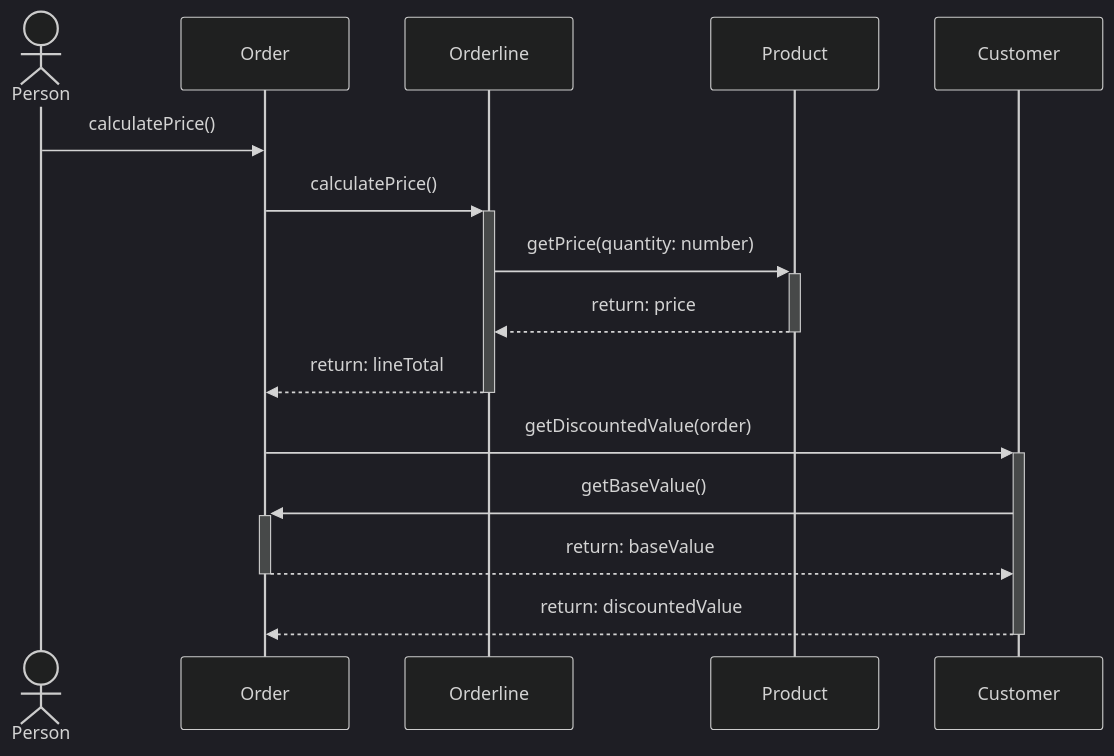
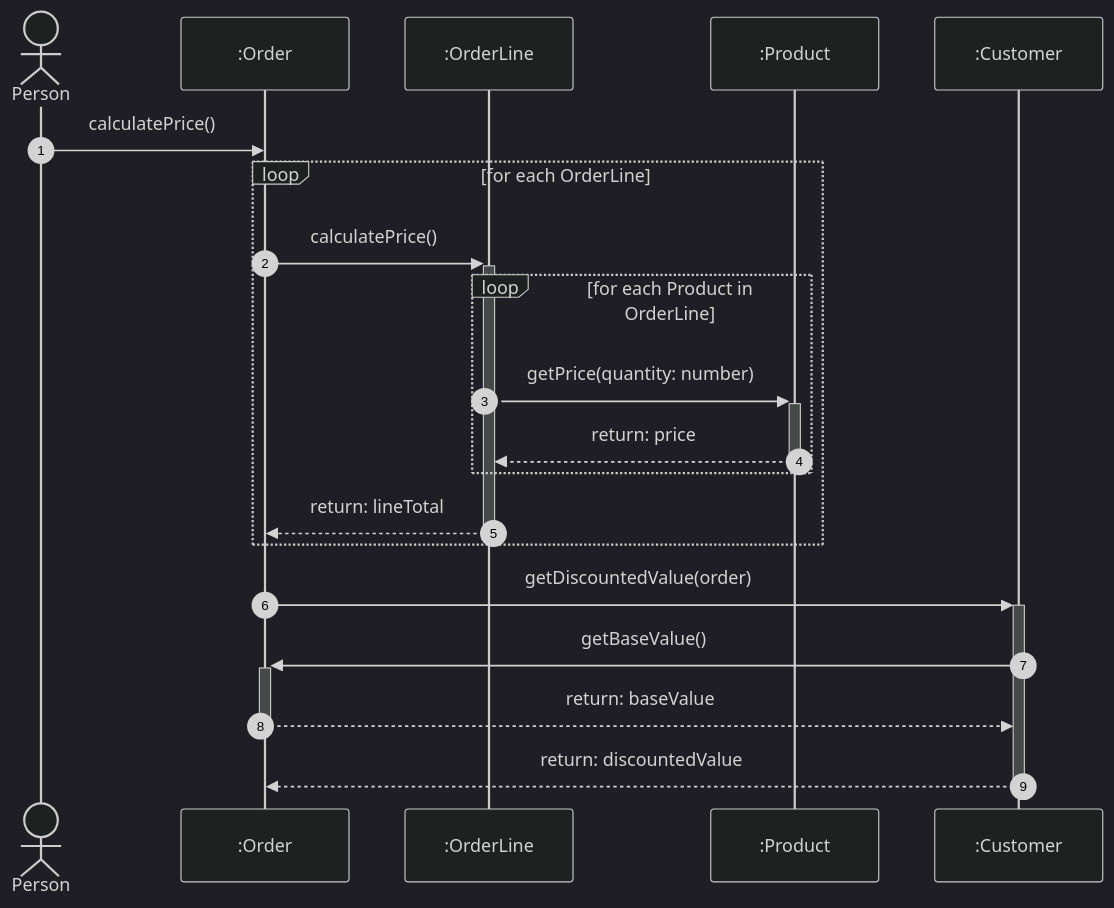
Before and after one commit to tuguldur-dev/miu-mpp: the diagram in src/Lab4/probA/readme.md, drawn with Mermaid (dark theme). The commit also changed 1 other file, not shown here.

````diff
--- a/src/Lab4/probA/readme.md
+++ b/src/Lab4/probA/readme.md
@@ -1,13 +1,28 @@
 ```mermaid
 sequenceDiagram
+    autonumber
+
     actor Person
+    participant Order as :Order
+    participant Orderline as :OrderLine
+    participant Product as :Product
+    participant Customer as :Customer
+
     Person ->> Order: calculatePrice()
-    Order ->>+ Orderline: calculatePrice()
-    Orderline ->>+ Product: getPrice(quantity: number)
-    Product -->>- Orderline: return: price
-    Orderline -->>- Order: return: lineTotal
+
+    loop for each OrderLine
+        Order ->>+ Orderline: calculatePrice()
+
+        loop for each Product in OrderLine
+            Orderline ->>+ Product: getPrice(quantity: number)
+            Product -->>- Orderline: return: price
+        end
+
+        Orderline -->>- Order: return: lineTotal
+    end
+
     Order ->>+ Customer: getDiscountedValue(order)
     Customer ->>+ Order: getBaseValue()
     Order -->>- Customer: return: baseValue
     Customer -->>- Order: return: discountedValue
 ```
````
